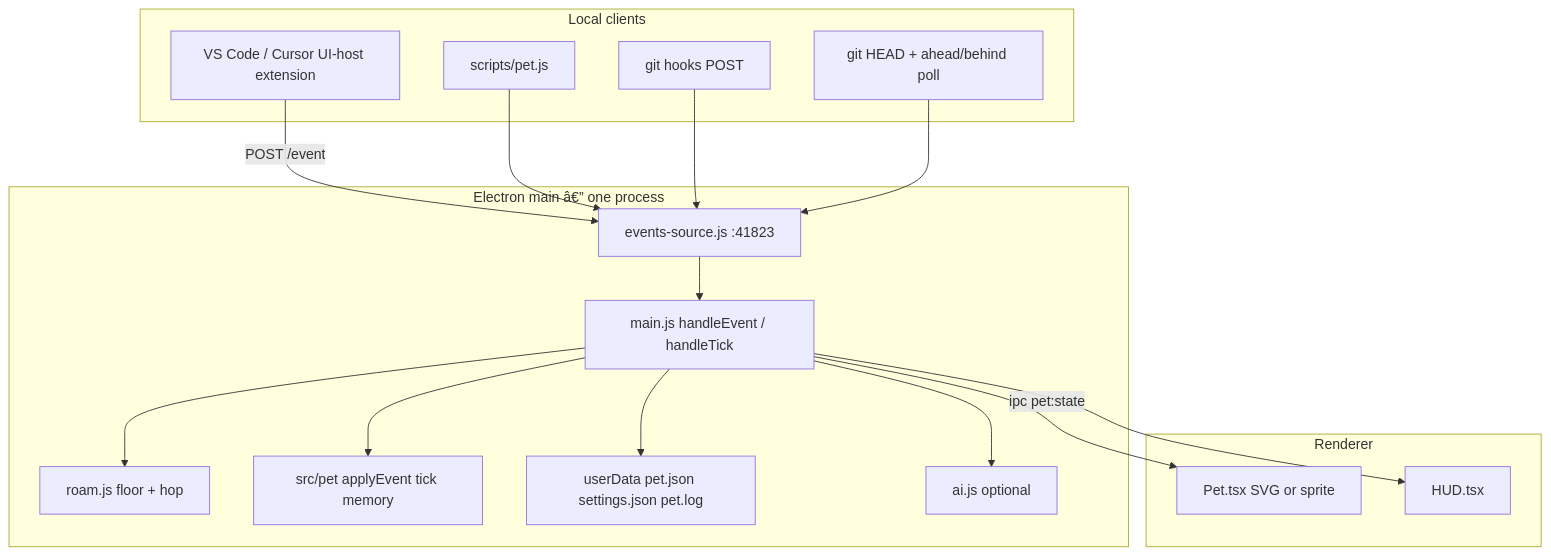
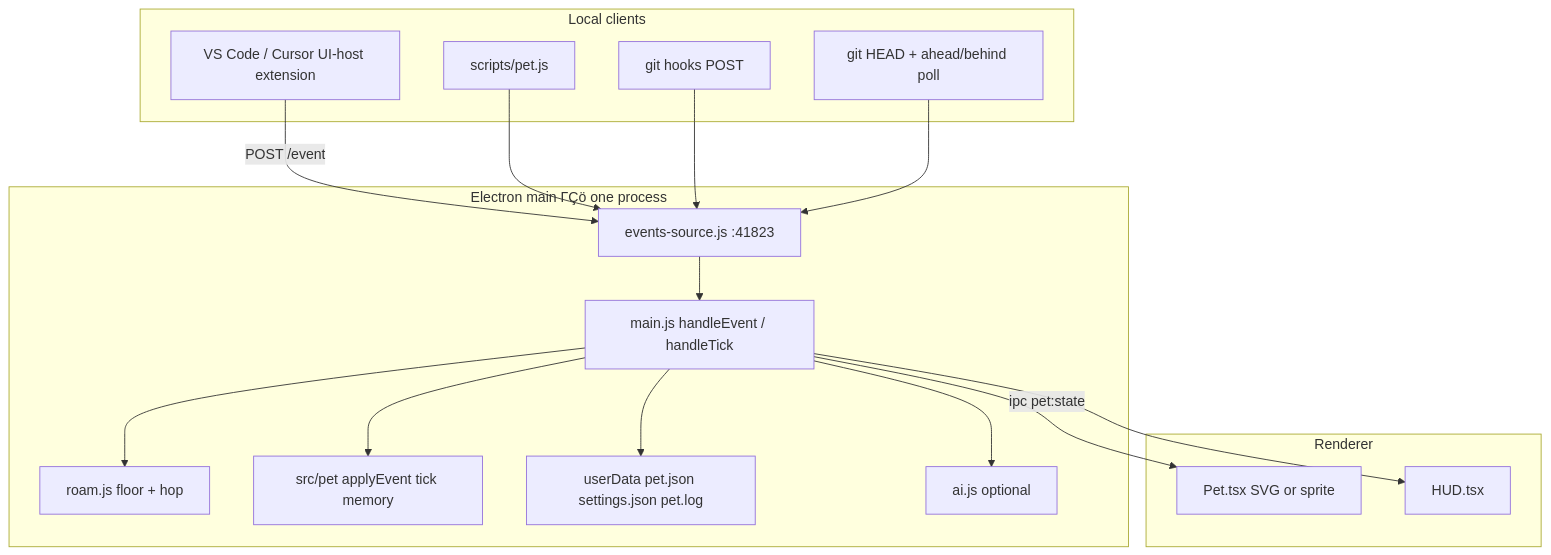
One commit to munyaimanuwel/desktop-pet changed the fourth of 5 diagrams in docs/v2.md. Above: the diagram before and after it, drawn with Mermaid. The commit also changed other lines of this file, not shown here.

````diff
--- a/docs/v2.md
+++ b/docs/v2.md
@@ -786,32 +786,32 @@
 ```mermaid
 flowchart TB
   subgraph clients ["Local clients"]
     Ext["VS Code / Cursor UI-host extension"]
     CLI["scripts/pet.js"]
     Hooks["git hooks POST"]
     Poll["git HEAD + ahead/behind poll"]
   end
-  subgraph electronMain ["Electron main â€” one process"]
+  subgraph electronMain ["Electron main ΓÇö one process"]
     HTTP["events-source.js :41823"]
     Main["main.js handleEvent / handleTick"]
     Habitat["roam.js floor + hop"]
     Core["src/pet applyEvent tick memory"]
     Disk["userData pet.json settings.json pet.log"]
     XAI["ai.js optional"]
   end
   subgraph ui ["Renderer"]
     SVG["Pet.tsx SVG or sprite"]
     HUD2["HUD.tsx"]
   end
   Ext -->|POST /event| HTTP
   CLI --> HTTP
   Hooks --> HTTP
   Poll --> HTTP
   HTTP --> Main
   Main --> Core
   Main --> Habitat
   Main --> Disk
   Main --> XAI
   Main -->|ipc pet:state| SVG
   Main --> HUD2
 ```
````
